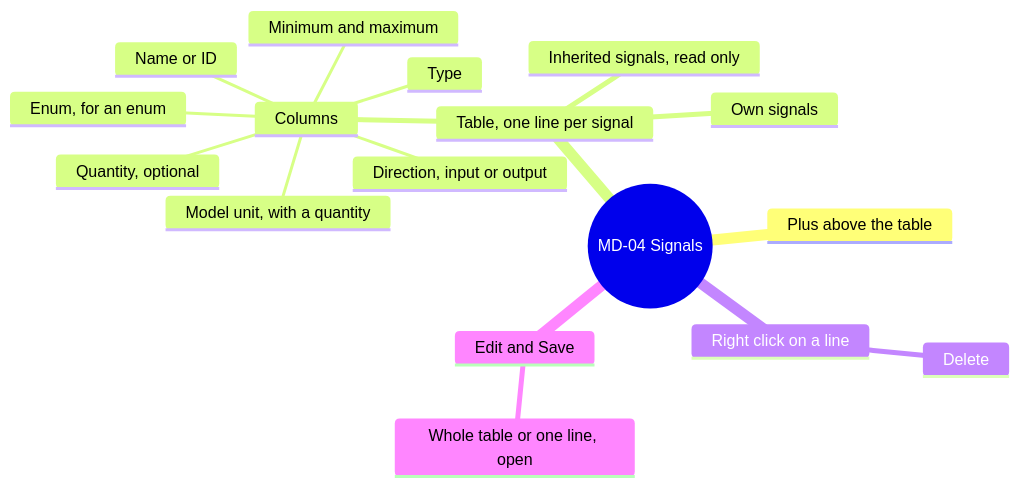
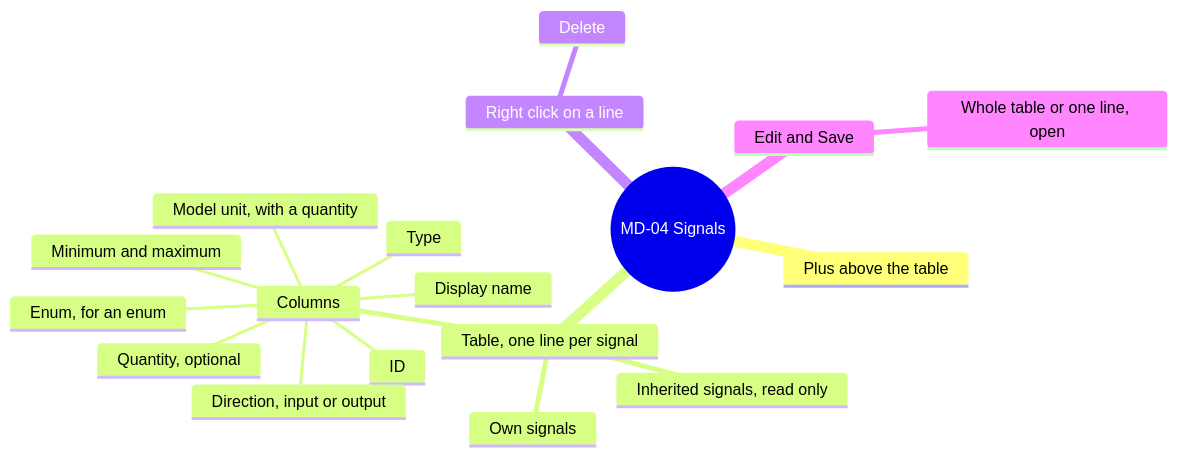
Before and after one commit to AlexandreGallais/synoptic-studio-spec: the seventh of 13 diagrams in screens/metadata.md, drawn with Mermaid. The commit also changed other lines of this file and 15 other files, not shown here.

First line of the commit message:
docs(spec): merge faceplate into presets and add signal display name

````diff
--- a/screens/metadata.md
+++ b/screens/metadata.md
@@ -174,20 +173,21 @@
 ```mermaid
 mindmap
   root((MD-04 Signals))
     Plus above the table
     Table, one line per signal
       Own signals
       Inherited signals, read only
       Columns
-        Name or ID
+        ID
+        Display name
         Type
         Enum, for an enum
         Quantity, optional
         Model unit, with a quantity
         Minimum and maximum
         Direction, input or output
     Right click on a line
       Delete
     Edit and Save
       Whole table or one line, open
 ```
````
